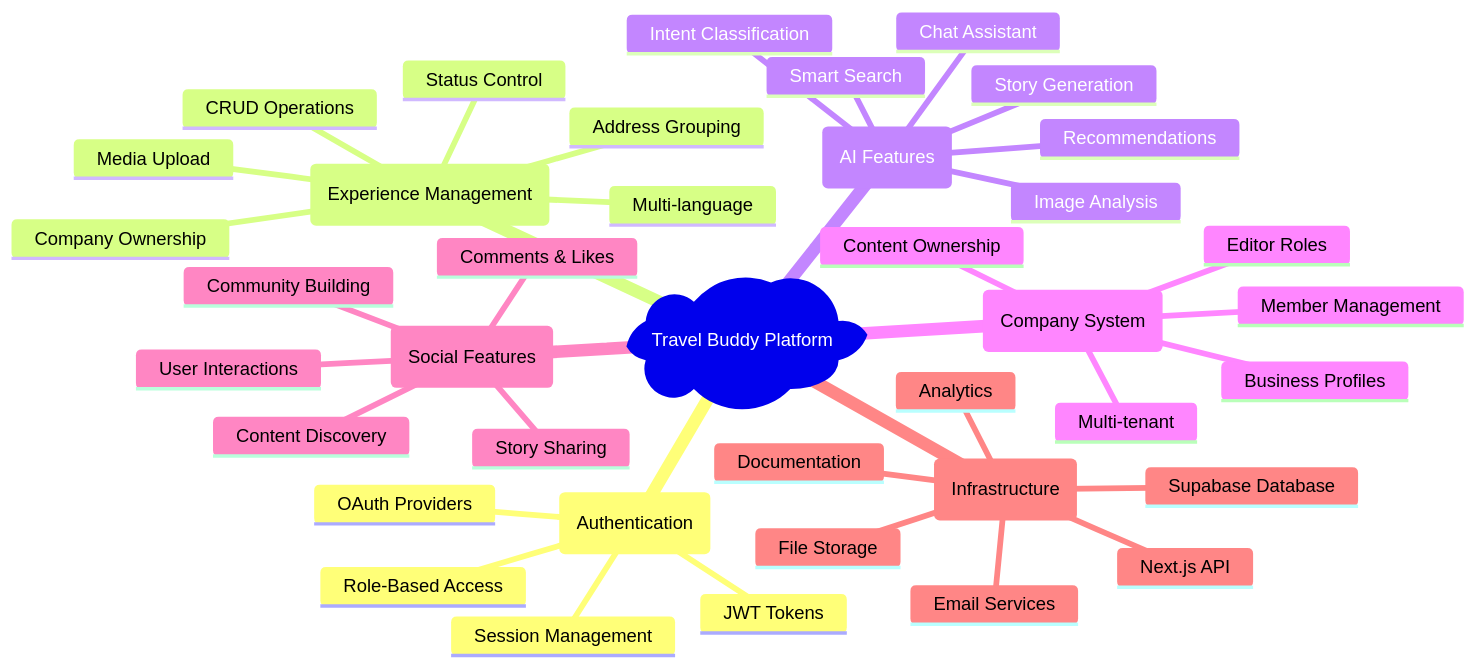
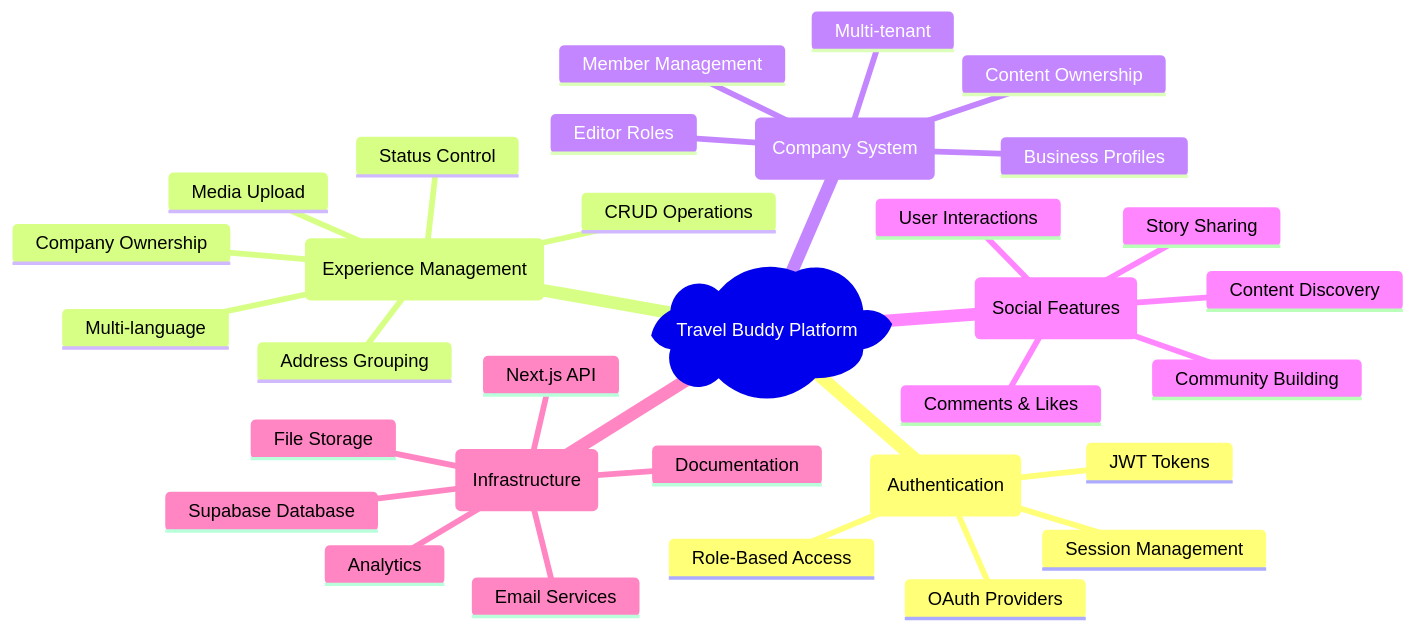
The fifth of 5 diagrams in README.md (te-khang-nguyen/fork_Travel_buddy), drawn with Mermaid before and after one commit. The commit also changed other lines of this file and 1 other file, not shown here.

````diff
--- a/README.md
+++ b/README.md
@@ -327,47 +272,39 @@
 ```mermaid
 mindmap
   root)Travel Buddy Platform(
     (Authentication)
       JWT Tokens
       OAuth Providers
       Session Management
       Role-Based Access
     
     (Experience Management)
       CRUD Operations
       Media Upload
       Address Grouping
       Company Ownership
       Status Control
       Multi-language
-    
-    (AI Features)
-      Chat Assistant
-      Smart Search
-      Story Generation
-      Image Analysis
-      Intent Classification
-      Recommendations
     
     (Company System)
       Multi-tenant
       Member Management
       Editor Roles
       Business Profiles
       Content Ownership
     
     (Social Features)
       Story Sharing
       Comments & Likes
       User Interactions
       Content Discovery
       Community Building
     
     (Infrastructure)
       Next.js API
       Supabase Database
       File Storage
       Email Services
       Analytics
       Documentation
 ```
````
